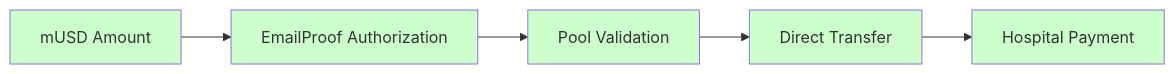
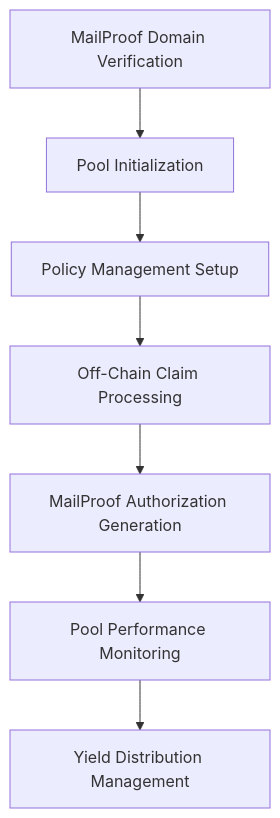
One commit to ppezzull/zkMed changed diagram 14 of 18 in memory-bank/systemPatterns.md. Above: the diagram before and after it, drawn with Mermaid. The commit also changed other lines of this file and 5 other files, not shown here.

````diff
--- a/memory-bank/systemPatterns.md
+++ b/memory-bank/systemPatterns.md
@@ -184,10 +558,9 @@
 ```mermaid
-graph LR
-    A[mUSD Amount] --> B[EmailProof Authorization]
-    B --> C[Pool Validation]
-    C --> D[Direct Transfer]
-    D --> E[Hospital Payment]
-    
-    classDef success fill:#ccffcc
-    class A,B,C,D,E success
+graph TB
+    A[MailProof Domain Verification] --> B[Pool Initialization]
+    B --> C[Policy Management Setup]
+    C --> D[Off-Chain Claim Processing]
+    D --> E[MailProof Authorization Generation]
+    E --> F[Pool Performance Monitoring]
+    F --> G[Yield Distribution Management]
 ```
````
